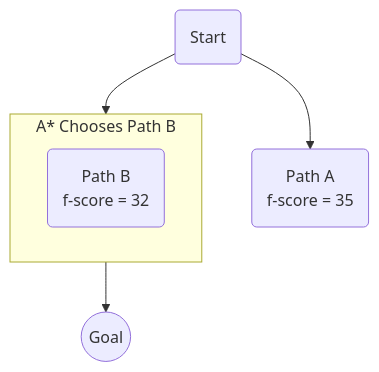
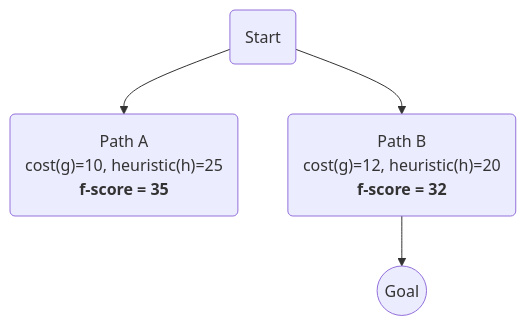
Before and after one commit to eltay89/eltay89.github.io: the second of 4 diagrams in _posts/2025-08-08-ai-search-algorithms-a-z.md, drawn with Mermaid. The commit also changed other lines of this file, not shown here.

````diff
--- a/_posts/2025-08-08-ai-search-algorithms-a-z.md
+++ b/_posts/2025-08-08-ai-search-algorithms-a-z.md
@@ -112,12 +111,6 @@
 ```mermaid
 graph TD
-    S(Start) --> A("Path A <br> f-score = 35");
-    S --> B("Path B <br> f-score = 32");
-
+    S(Start) --> A("Path A <br> cost(g)=10, heuristic(h)=25 <br> <b>f-score = 35</b>");
+    S --> B("Path B <br> cost(g)=12, heuristic(h)=20 <br> <b>f-score = 32</b>");
     B --> Goal((Goal));
-
-    subgraph "A* Chooses Path B"
-        direction LR
-        B
-    end
 ```
````
